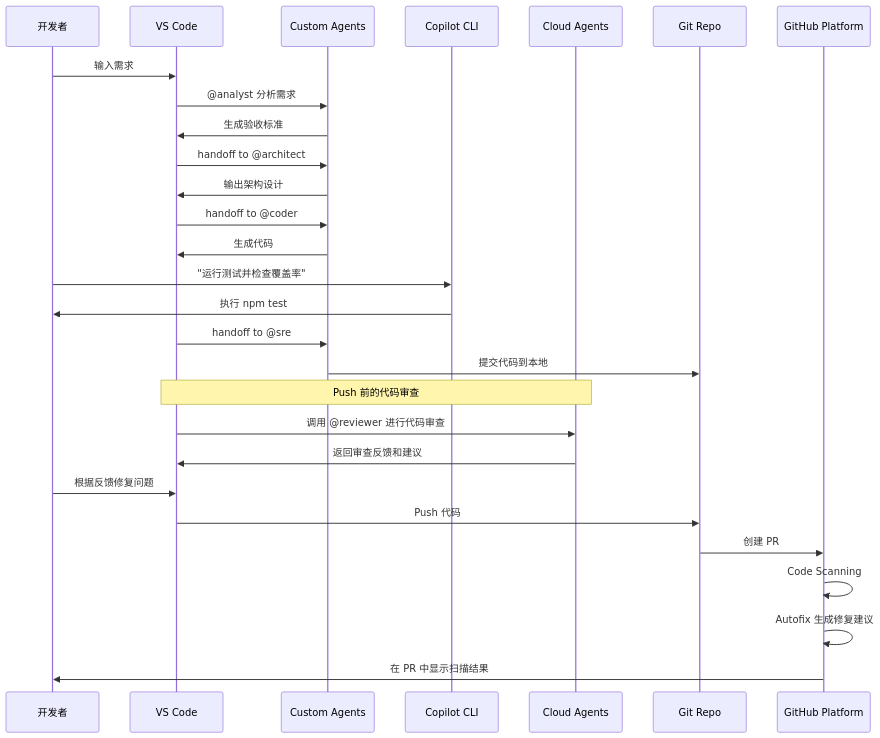
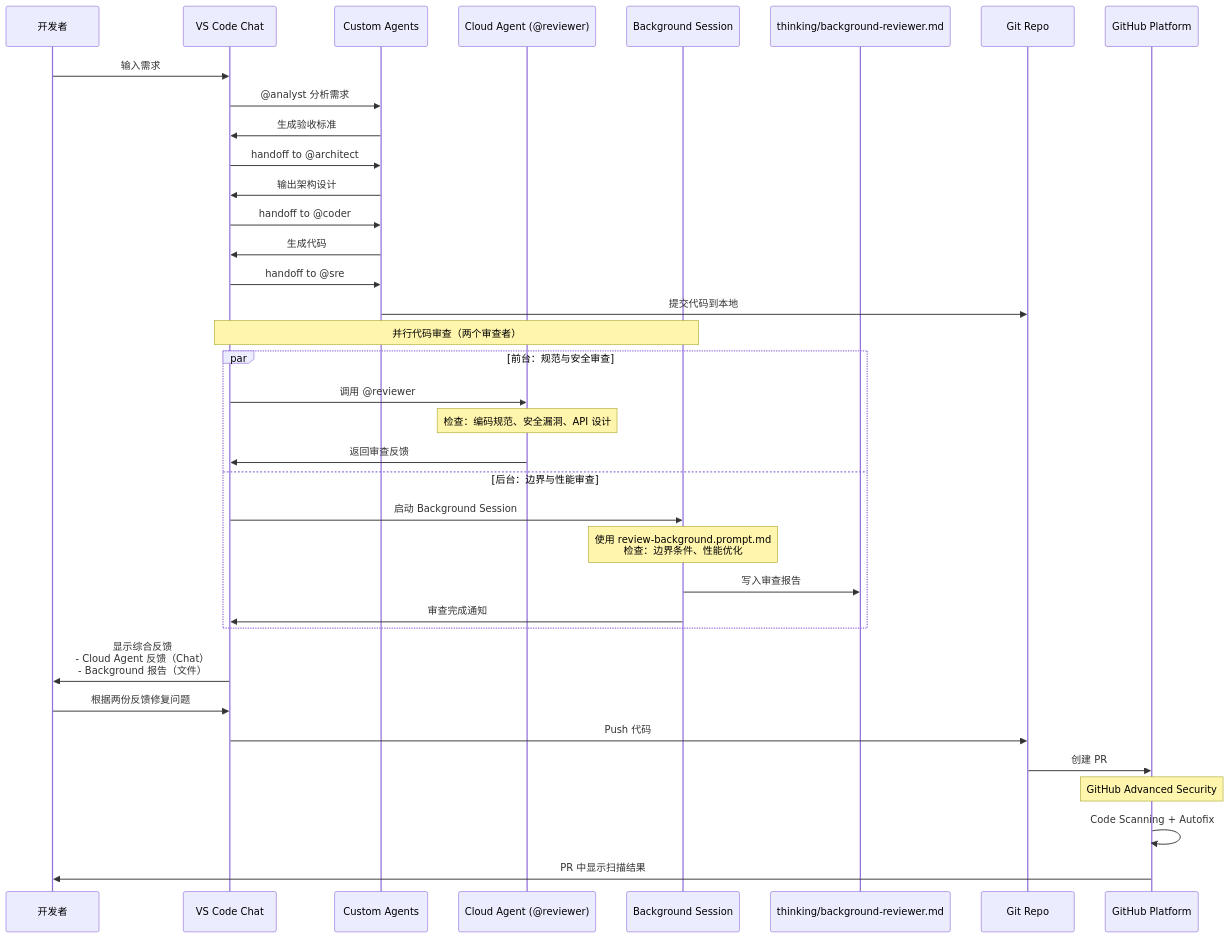
One commit to ghcpSharing/library changed the second of 4 diagrams in labs/agents/README.md. Above: the diagram before and after it, drawn with Mermaid. The commit also changed other lines of this file and 2 other files, not shown here.

Commit message:
prepare agents demo

````diff
--- a/labs/agents/README.md
+++ b/labs/agents/README.md
@@ -160,38 +163,47 @@
 ```mermaid
 sequenceDiagram
     participant Dev as 开发者
-    participant IDE as VS Code
+    participant IDE as VS Code Chat
     participant Local as Custom Agents
-    participant CLI as Copilot CLI
-    participant Cloud as Cloud Agents
+    participant Cloud as Cloud Agent (@reviewer)
+    participant BG as Background Session
+    participant File as thinking/background-reviewer.md
     participant Git as Git Repo
     participant GH as GitHub Platform
     
     Dev->>IDE: 输入需求
     IDE->>Local: @analyst 分析需求
     Local->>IDE: 生成验收标准
     
     IDE->>Local: handoff to @architect
     Local->>IDE: 输出架构设计
     
     IDE->>Local: handoff to @coder
     Local->>IDE: 生成代码
     
-    Dev->>CLI: "运行测试并检查覆盖率"
-    CLI->>Dev: 执行 npm test
-    
     IDE->>Local: handoff to @sre
     Local->>Git: 提交代码到本地
     
-    Note over IDE,Cloud: Push 前的代码审查
-    IDE->>Cloud: 调用 @reviewer 进行代码审查
-    Cloud->>IDE: 返回审查反馈和建议
+    Note over IDE,BG: 并行代码审查（两个审查者）
     
-    Dev->>IDE: 根据反馈修复问题
+    par 前台：规范与安全审查
+        IDE->>Cloud: 调用 @reviewer
+        Note over Cloud: 检查：编码规范、安全漏洞、API 设计
+        Cloud->>IDE: 返回审查反馈
+    and 后台：边界与性能审查
+        IDE->>BG: 启动 Background Session
+        Note over BG: 使用 review-background.prompt.md<br/>检查：边界条件、性能优化
+        BG->>File: 写入审查报告
+        BG->>IDE: 审查完成通知
+    end
+    
+    IDE->>Dev: 显示综合反馈<br/>- Cloud Agent 反馈（Chat）<br/>- Background 报告（文件）
+    
+    Dev->>IDE: 根据两份反馈修复问题
     IDE->>Git: Push 代码
     Git->>GH: 创建 PR
     
-    GH->>GH: Code Scanning
-    GH->>GH: Autofix 生成修复建议
-    GH->>Dev: 在 PR 中显示扫描结果
+    Note over GH: GitHub Advanced Security
+    GH->>GH: Code Scanning + Autofix
+    GH->>Dev: PR 中显示扫描结果
 ```
````
